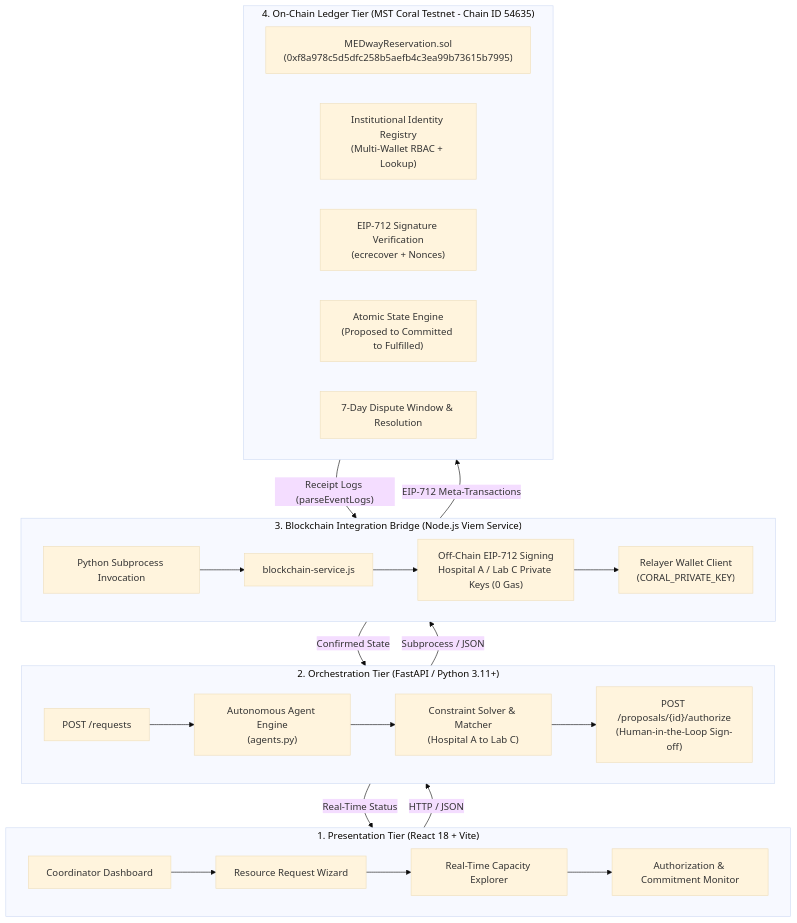
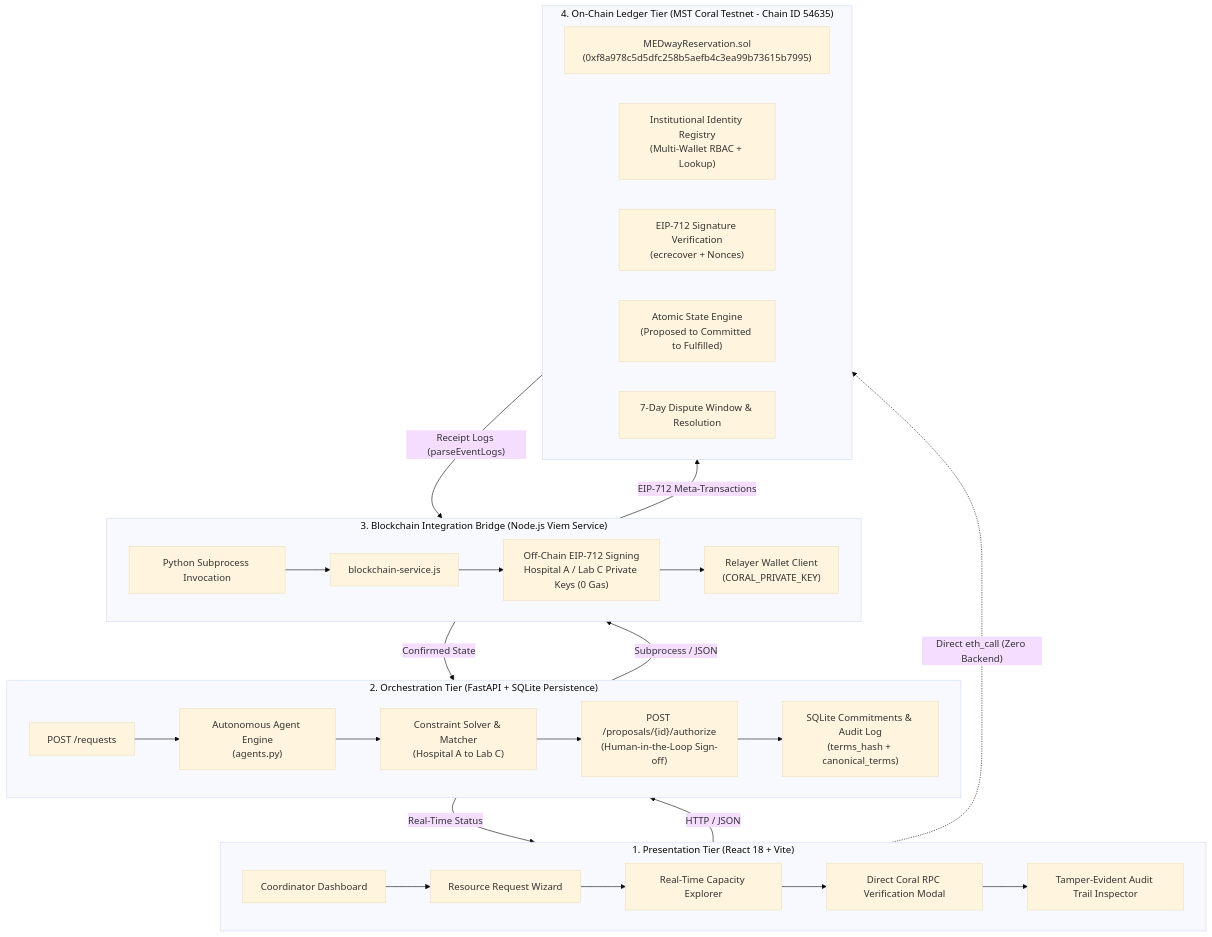
Before and after one commit to omkar0075/blockchain: the first of 3 diagrams in README.md, drawn with Mermaid (base theme). The commit also changed other lines of this file, not shown here.

Commit message:
docs: completely update README.md with Identity Registry, Terms Immutability, Verifier tool, and 8-module test suite

````diff
--- a/README.md
+++ b/README.md
@@ -89,35 +105,38 @@
 ```mermaid
 flowchart TB
     subgraph UI["1. Presentation Tier (React 18 + Vite)"]
         A1["Coordinator Dashboard"] --> A2["Resource Request Wizard"]
         A2 --> A3["Real-Time Capacity Explorer"]
-        A3 --> A4["Authorization & Commitment Monitor"]
+        A3 --> A4["Direct Coral RPC Verification Modal"]
+        A4 --> A5["Tamper-Evident Audit Trail Inspector"]
     end
 
-    subgraph API["2. Orchestration Tier (FastAPI / Python 3.11+)"]
+    subgraph API["2. Orchestration Tier (FastAPI + SQLite Persistence)"]
         B1["POST /requests"] --> B2["Autonomous Agent Engine<br/>(agents.py)"]
         B2 --> B3["Constraint Solver & Matcher<br/>(Hospital A to Lab C)"]
         B3 --> B4["POST /proposals/{id}/authorize<br/>(Human-in-the-Loop Sign-off)"]
+        B4 --> B5["SQLite Commitments & Audit Log<br/>(terms_hash + canonical_terms)"]
     end
 
     subgraph BRIDGE["3. Blockchain Integration Bridge (Node.js Viem Service)"]
         C1["Python Subprocess Invocation"] --> C2["blockchain-service.js"]
         C2 --> C3["Off-Chain EIP-712 Signing<br/>Hospital A / Lab C Private Keys (0 Gas)"]
         C3 --> C4["Relayer Wallet Client<br/>(CORAL_PRIVATE_KEY)"]
     end
 
     subgraph CHAIN["4. On-Chain Ledger Tier (MST Coral Testnet - Chain ID 54635)"]
         D1["MEDwayReservation.sol<br/>(0xf8a978c5d5dfc258b5aefb4c3ea99b73615b7995)"]
         D2["Institutional Identity Registry<br/>(Multi-Wallet RBAC + Lookup)"]
         D3["EIP-712 Signature Verification<br/>(ecrecover + Nonces)"]
         D4["Atomic State Engine<br/>(Proposed to Committed to Fulfilled)"]
         D5["7-Day Dispute Window & Resolution"]
     end
 
     UI -->|"HTTP / JSON"| API
     API -->|"Subprocess / JSON"| BRIDGE
     BRIDGE -->|"EIP-712 Meta-Transactions"| CHAIN
     CHAIN -->|"Receipt Logs (parseEventLogs)"| BRIDGE
     BRIDGE -->|"Confirmed State"| API
     API -->|"Real-Time Status"| UI
+    UI -.->|"Direct eth_call (Zero Backend)"| CHAIN
 ```
````
